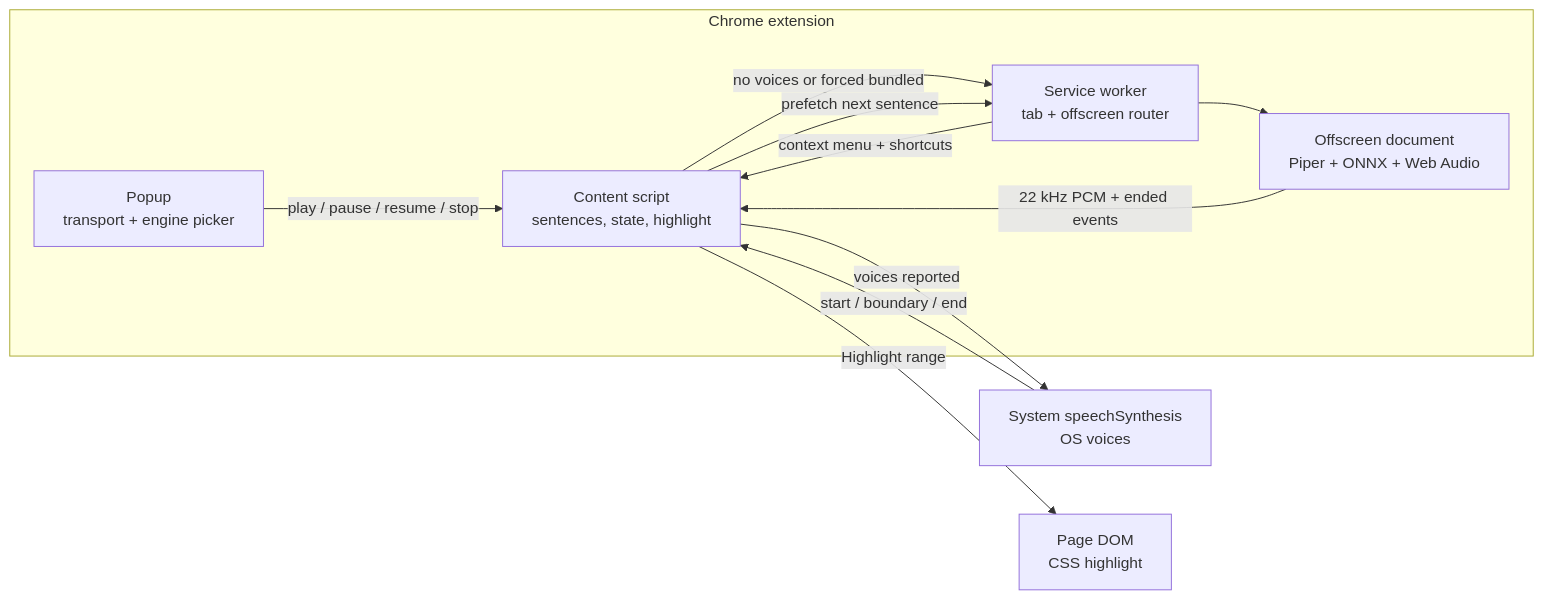
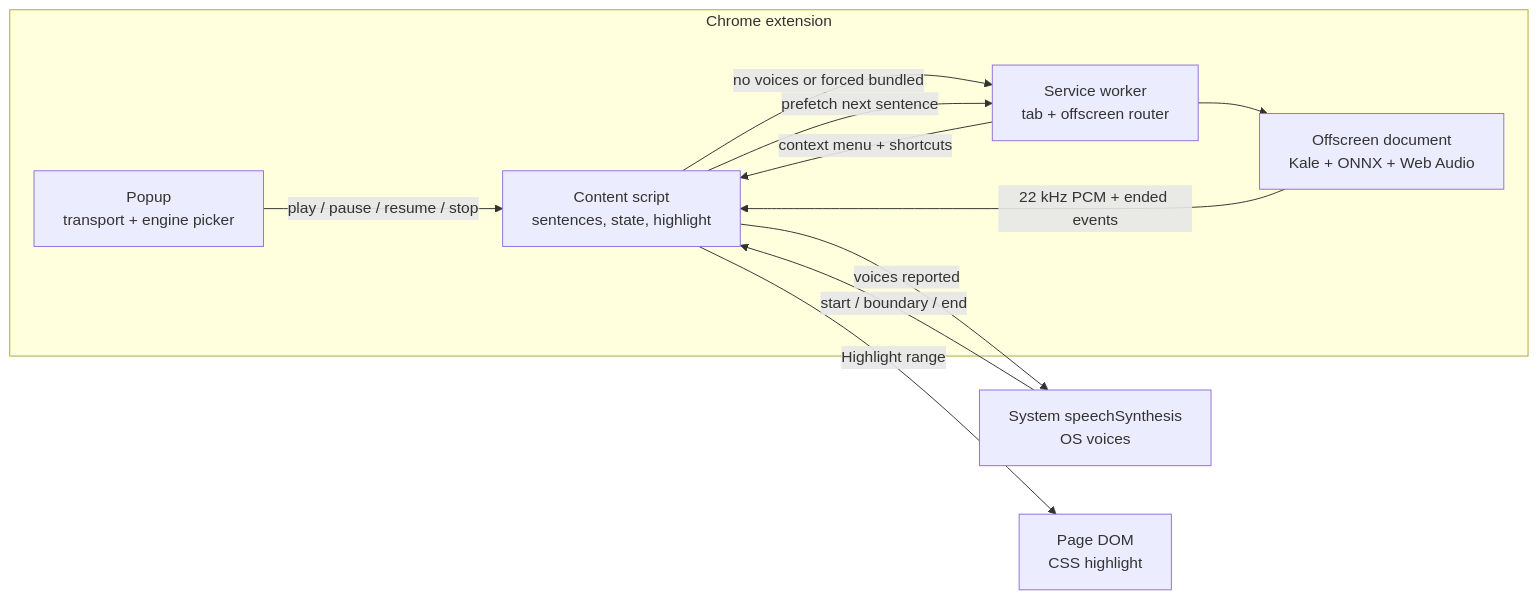
One commit to Jayhub27/read-aloud-extension changed the diagram in README.md. Above: the diagram before and after it, drawn with Mermaid. The commit also changed other lines of this file and 68 other files, not shown here.

````diff
--- a/README.md
+++ b/README.md
@@ -59,21 +59,21 @@
 ```mermaid
 flowchart LR
   subgraph ext[Chrome extension]
     popup["Popup<br/>transport + engine picker"]:::blue
     worker["Service worker<br/>tab + offscreen router"]:::blue
     content["Content script<br/>sentences, state, highlight"]:::green
-    offscreen["Offscreen document<br/>Piper + ONNX + Web Audio"]:::purple
+    offscreen["Offscreen document<br/>Kale + ONNX + Web Audio"]:::purple
   end
   system["System speechSynthesis<br/>OS voices"]:::amber
   page["Page DOM<br/>CSS highlight"]:::green
 
   popup -->|"play / pause / resume / stop"| content
   worker -->|"context menu + shortcuts"| content
   content -->|"voices reported"| system
   content -->|"no voices or forced bundled"| worker
   worker --> offscreen
   content -->|"prefetch next sentence"| worker
   offscreen -->|"22 kHz PCM + ended events"| content
   system -->|"start / boundary / end"| content
   content -->|"Highlight range"| page
 ```
````
